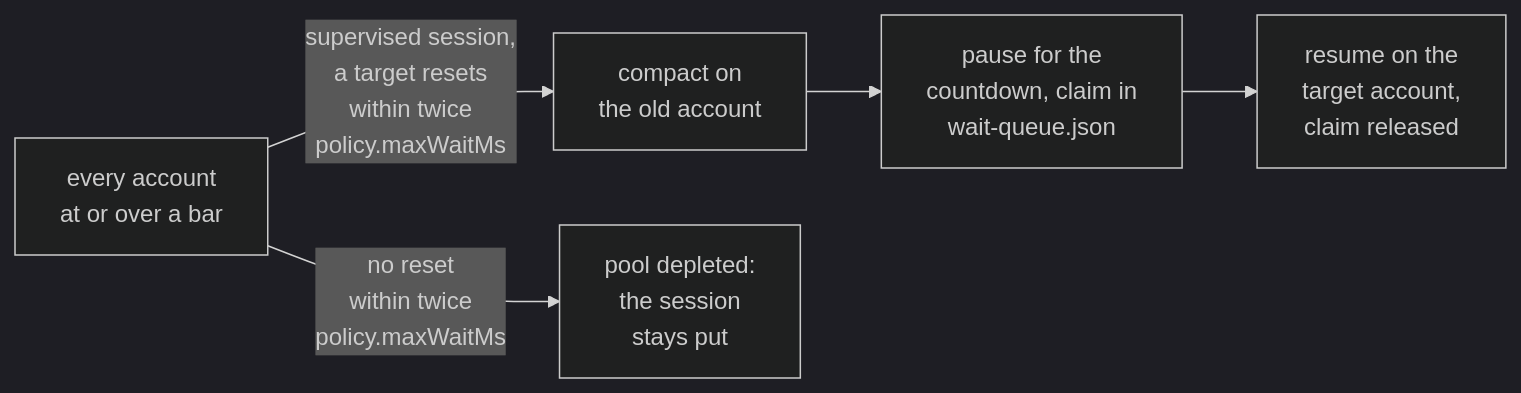
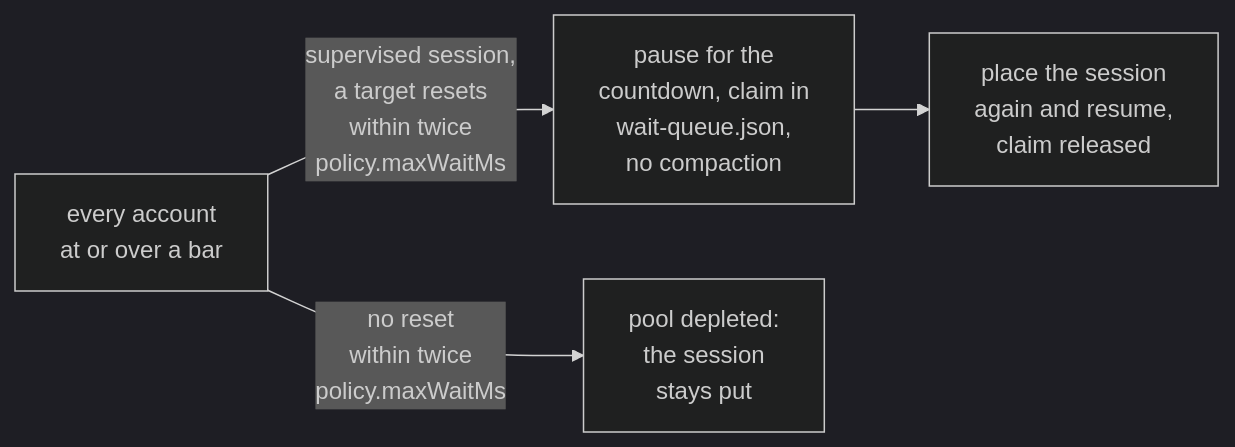
One commit to anaclumos/tokenmaxxing changed the third of 8 diagrams in docs/content/docs/switching.mdx. Above: the diagram before and after it, drawn with Mermaid (dark theme). The commit also changed other lines of this file and 5 other files, not shown here.

Commit message:
fix: wait for the earliest quota reset instead of churning when no account has quota (#421)

````diff
--- a/docs/content/docs/switching.mdx
+++ b/docs/content/docs/switching.mdx
@@ -164,7 +164,6 @@
 ```mermaid
 flowchart LR
-  bar["every account<br/>at or over a bar"] -->|"supervised session,<br/>a target resets<br/>within twice<br/>policy.maxWaitMs"| compact["compact on<br/>the old account"]
-  compact --> countdown["pause for the<br/>countdown, claim in<br/>wait-queue.json"]
-  countdown --> resume["resume on the<br/>target account,<br/>claim released"]
+  bar["every account<br/>at or over a bar"] -->|"supervised session,<br/>a target resets<br/>within twice<br/>policy.maxWaitMs"| countdown["pause for the<br/>countdown, claim in<br/>wait-queue.json,<br/>no compaction"]
+  countdown --> resume["place the session<br/>again and resume,<br/>claim released"]
   bar -->|"no reset<br/>within twice<br/>policy.maxWaitMs"| depleted["pool depleted:<br/>the session<br/>stays put"]
 ```
````
